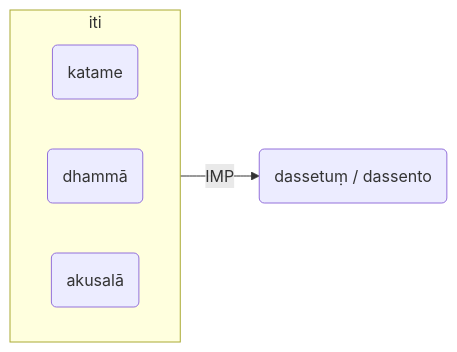
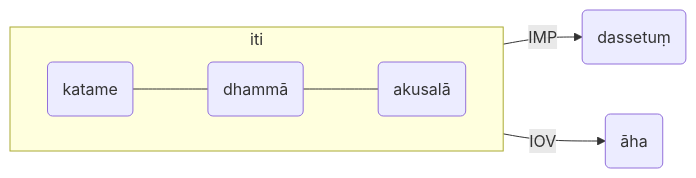
Before and after one commit to iapt-platform/pali-handbook: the first of 4 diagrams in src/advance-relation/6_relations.md, drawn with Mermaid. The commit also changed other lines of this file and 3 other files, not shown here.

```diff
--- a/src/advance-relation/6_relations.md
+++ b/src/advance-relation/6_relations.md
@@ -37,11 +37,14 @@
 <div class="mermaid">
 flowchart LR
 subgraph iti
 direction LR
 A("katame")
 B("dhammā")
 C("akusalā")
+A---B---C
 end
-D("dassetuṃ / dassento")
-iti--IMP-->D
+D("dassetuṃ")
+E("āha")
+iti--"IMP"-->D
+iti--"IOV<br>"-->E
 </div>
```
